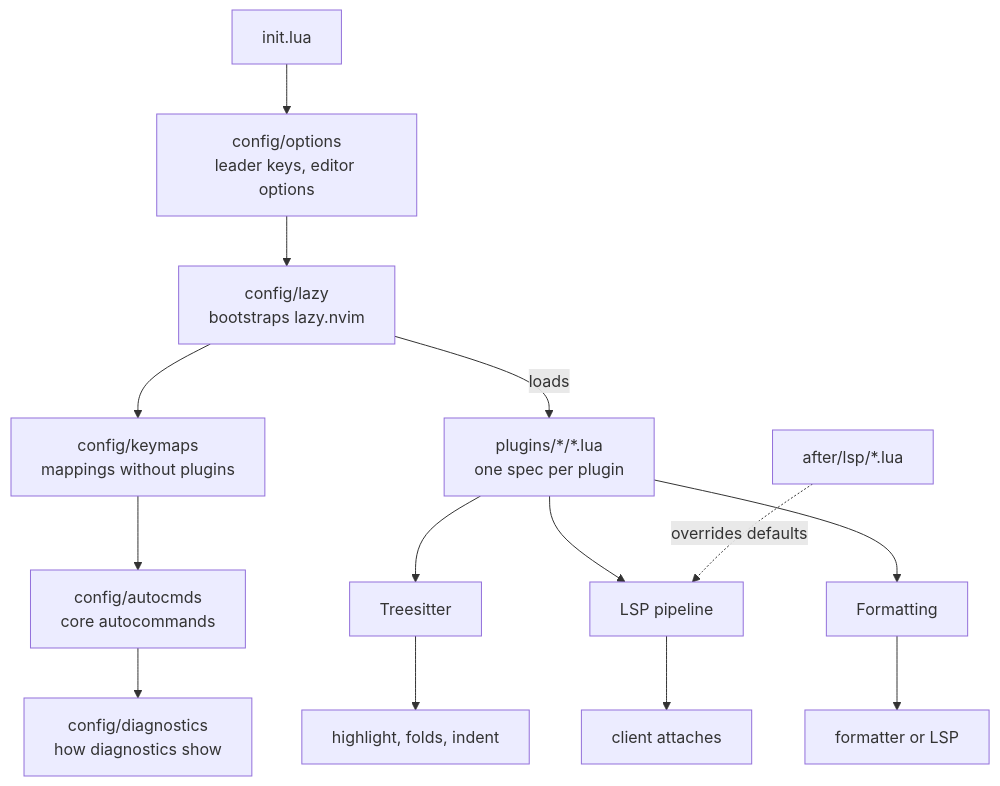
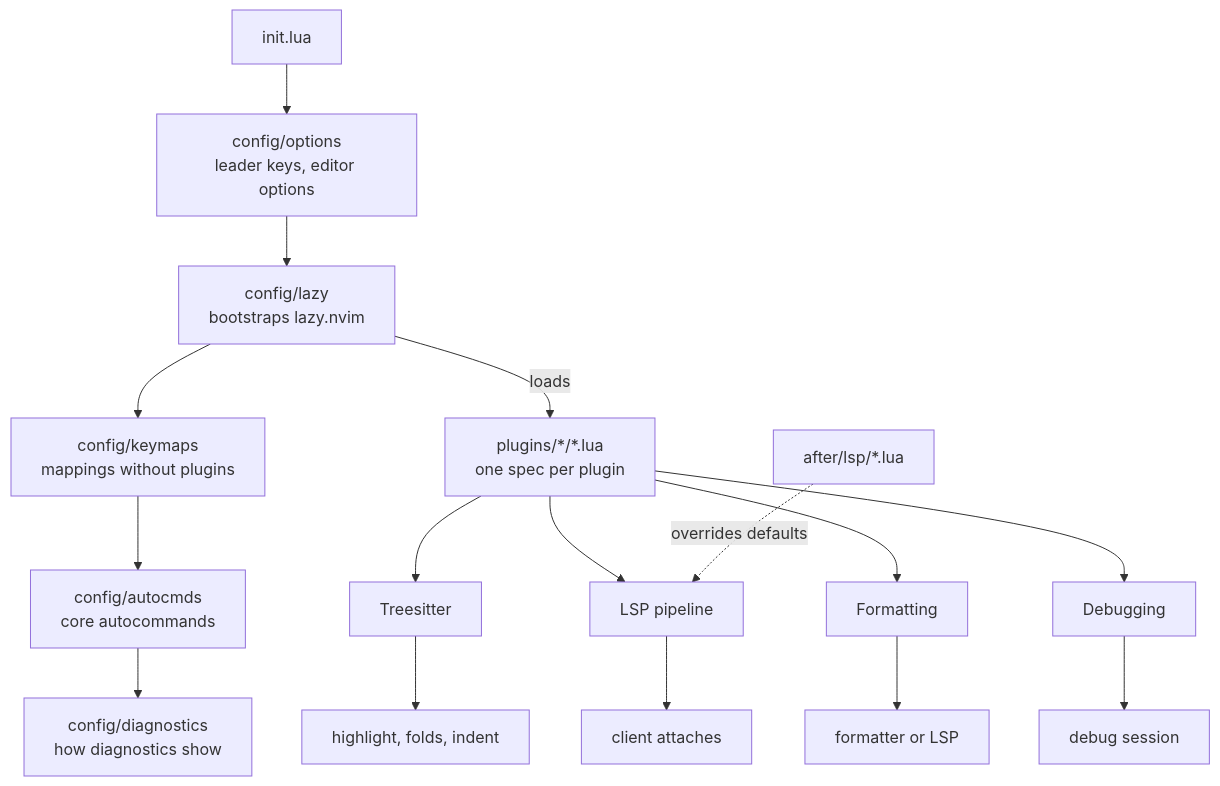
Before and after one commit to zttingbot/neovim-config: the first of 4 diagrams in docs/architecture.md, drawn with Mermaid. The commit also changed other lines of this file and 1 other file, not shown here.

Commit message:
docs(architecture): explain debugger setup and loading

````diff
--- a/docs/architecture.md
+++ b/docs/architecture.md
@@ -7,13 +7,14 @@
 ```mermaid
 flowchart TD
   init[init.lua] --> options["config/options<br/>leader keys, editor options"]
   options --> lazy["config/lazy<br/>bootstraps lazy.nvim"]
   lazy --> keymaps["config/keymaps<br/>mappings without plugins"]
   keymaps --> autocmds["config/autocmds<br/>core autocommands"]
   autocmds --> diag["config/diagnostics<br/>how diagnostics show"]
   lazy -- loads --> specs["plugins/*/*.lua<br/>one spec per plugin"]
   specs --> ts[Treesitter] --> tsout[highlight, folds, indent]
   specs --> lsp[LSP pipeline] --> client[client attaches]
   specs --> fmt[Formatting] --> conform[formatter or LSP]
+  specs --> dbg[Debugging] --> session[debug session]
   after["after/lsp/*.lua"] -. overrides defaults .-> lsp
 ```
````
